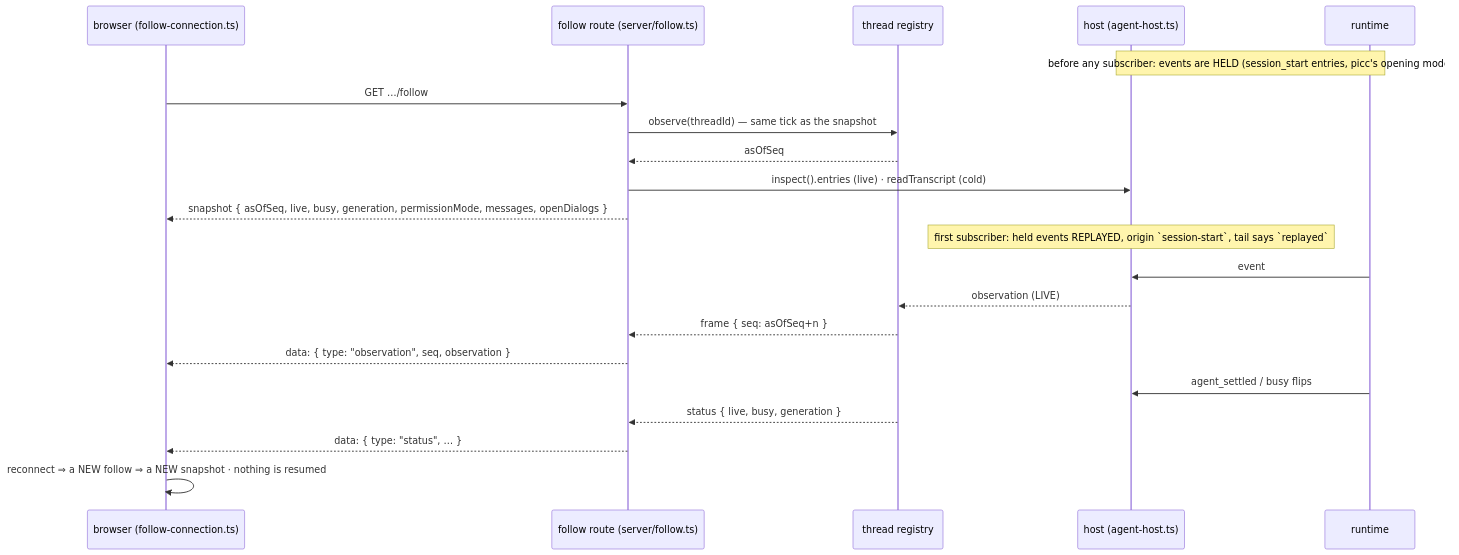
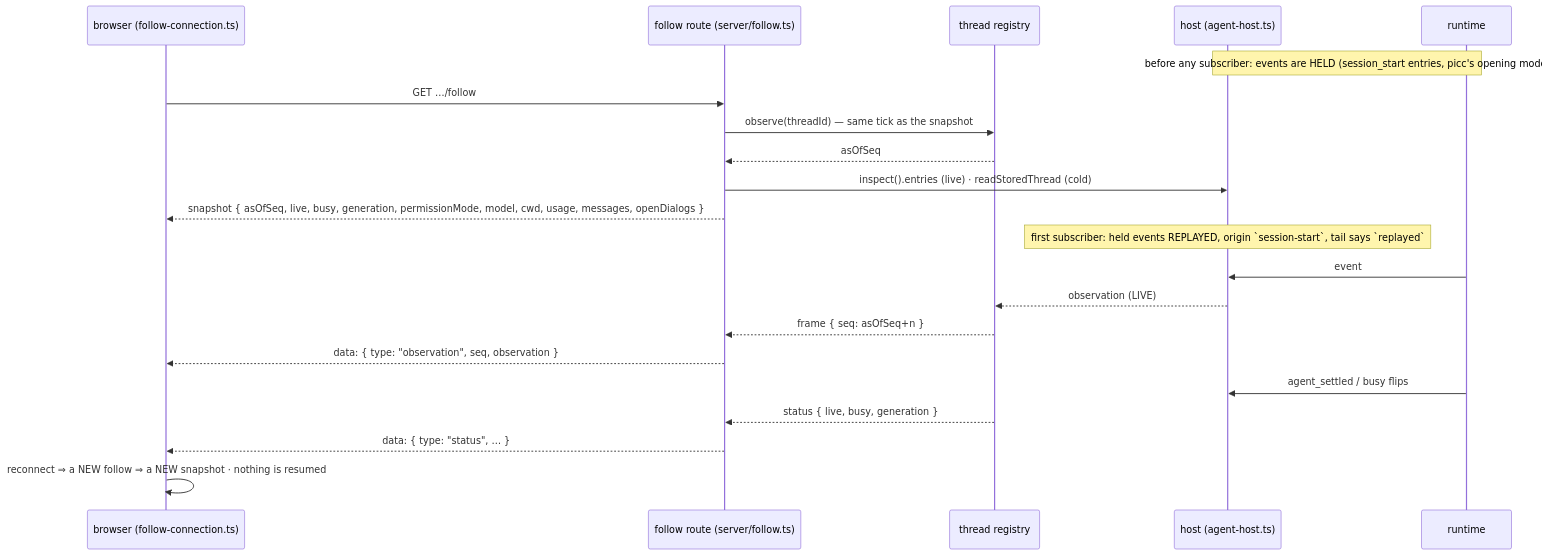
Before and after one commit to dopamine911/enso-harness: the diagram in docs/flows/follow-snapshot-frames.md, drawn with Mermaid. The commit also changed other lines of this file and 44 other files, not shown here.

````diff
--- a/docs/flows/follow-snapshot-frames.md
+++ b/docs/flows/follow-snapshot-frames.md
@@ -13,24 +13,24 @@
 ```mermaid
 sequenceDiagram
   participant B as browser (follow-connection.ts)
   participant R as follow route (server/follow.ts)
   participant T as thread registry
   participant H as host (agent-host.ts)
   participant P as runtime
 
   Note over H,P: before any subscriber: events are HELD (session_start entries, picc's opening mode)
   B->>R: GET …/follow
   R->>T: observe(threadId) — same tick as the snapshot
   T-->>R: asOfSeq
-  R->>H: inspect().entries (live) · readTranscript (cold)
-  R-->>B: snapshot { asOfSeq, live, busy, generation, permissionMode, messages, openDialogs }
+  R->>H: inspect().entries (live) · readStoredThread (cold)
+  R-->>B: snapshot { asOfSeq, live, busy, generation, permissionMode, model, cwd, usage, messages, openDialogs }
   Note over H: first subscriber: held events REPLAYED, origin `session-start`, tail says `replayed`
   P->>H: event
   H-->>T: observation (LIVE)
   T-->>R: frame { seq: asOfSeq+n }
   R-->>B: data: { type: "observation", seq, observation }
   P->>H: agent_settled / busy flips
   T-->>R: status { live, busy, generation }
   R-->>B: data: { type: "status", … }
   B->>B: reconnect ⇒ a NEW follow ⇒ a NEW snapshot · nothing is resumed
 ```
````
